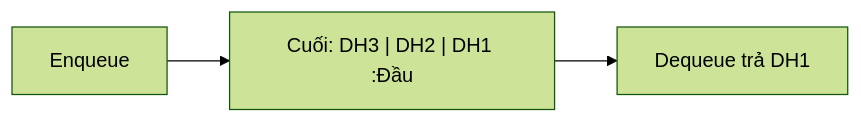
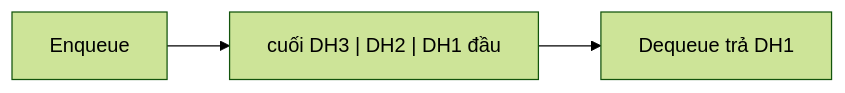
The diagram in content/it/dsa/02-cau-truc-tuyen-tinh/04-queue.md (vielang/vielang), drawn with Mermaid (forest theme) before and after one commit. The commit also changed other lines of this file and 17 other files, not shown here.

````diff
--- a/content/it/dsa/02-cau-truc-tuyen-tinh/04-queue.md
+++ b/content/it/dsa/02-cau-truc-tuyen-tinh/04-queue.md
@@ -36,5 +36,5 @@
 ```mermaid Vào ở cuối, ra ở đầu
 flowchart LR
-    E["Enqueue"] --> T["Cuối: DH3 | DH2 | DH1 :Đầu"]
+    E["Enqueue"] --> T["cuối DH3 | DH2 | DH1 đầu"]
     T --> D["Dequeue trả DH1"]
 ```
````
